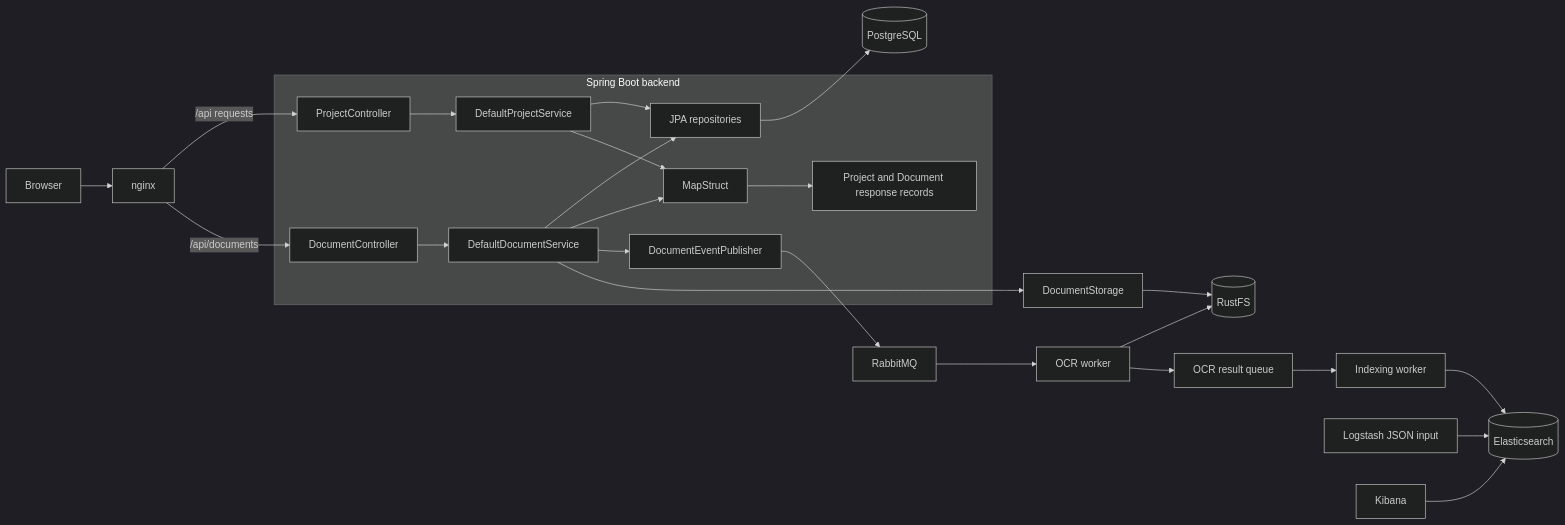
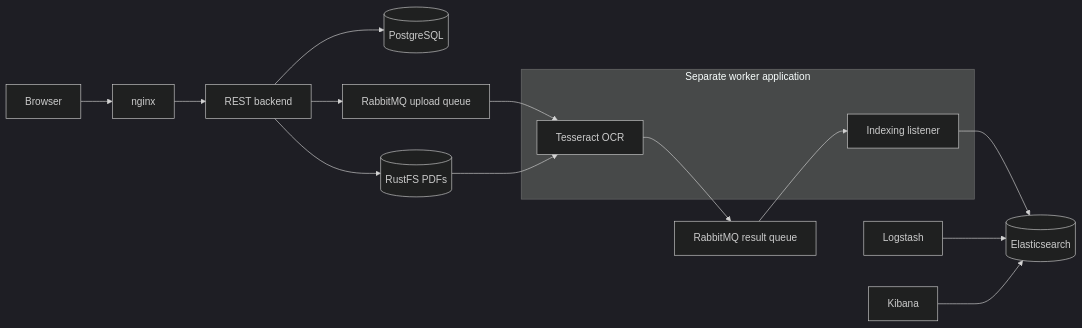
The diagram in README.md (SimSta123/SWEN-3-Document-Management-System), drawn with Mermaid (dark theme) before and after one commit. The commit also changed other lines of this file, not shown here.

````diff
--- a/README.md
+++ b/README.md
@@ -16,24 +49,17 @@
 ```mermaid
 flowchart LR
-    Browser[Browser] --> Web[nginx]
-    subgraph Backend[Spring Boot backend]
-        Controller[ProjectController] --> Service[DefaultProjectService]
-        DocumentController --> DocumentService[DefaultDocumentService]
-        DocumentService --> Repository
-        DocumentService --> Mapper
-        DocumentService --> Publisher[DocumentEventPublisher]
-        Service --> Repository[JPA repositories]
-        Service --> Mapper[MapStruct]
-        Mapper --> Records[Project and Document response records]
+    Browser --> nginx --> Backend[REST backend]
+    Backend --> PostgreSQL[(PostgreSQL)]
+    Backend --> RustFS[(RustFS PDFs)]
+    Backend --> Uploads[RabbitMQ upload queue]
+    subgraph Worker[Separate worker application]
+        OCR[Tesseract OCR]
+        Indexer[Indexing listener]
     end
-    Web -->|/api requests| Controller
-    Web -->|/api/documents| DocumentController
-    Repository --> Database[(PostgreSQL)]
-    DocumentService --> Storage[DocumentStorage] --> RustFS[(RustFS)]
-    Publisher --> RabbitMQ --> Worker[OCR worker]
-    Worker --> RustFS
-    Worker --> Results[OCR result queue]
-    Results --> Indexer[Indexing worker] --> Elasticsearch[(Elasticsearch)]
-    Logstash[Logstash JSON input] --> Elasticsearch
+    Uploads --> OCR
+    RustFS --> OCR
+    OCR --> Results[RabbitMQ result queue] --> Indexer
+    Indexer --> Elasticsearch[(Elasticsearch)]
+    Logstash --> Elasticsearch
     Kibana --> Elasticsearch
 ```
````
